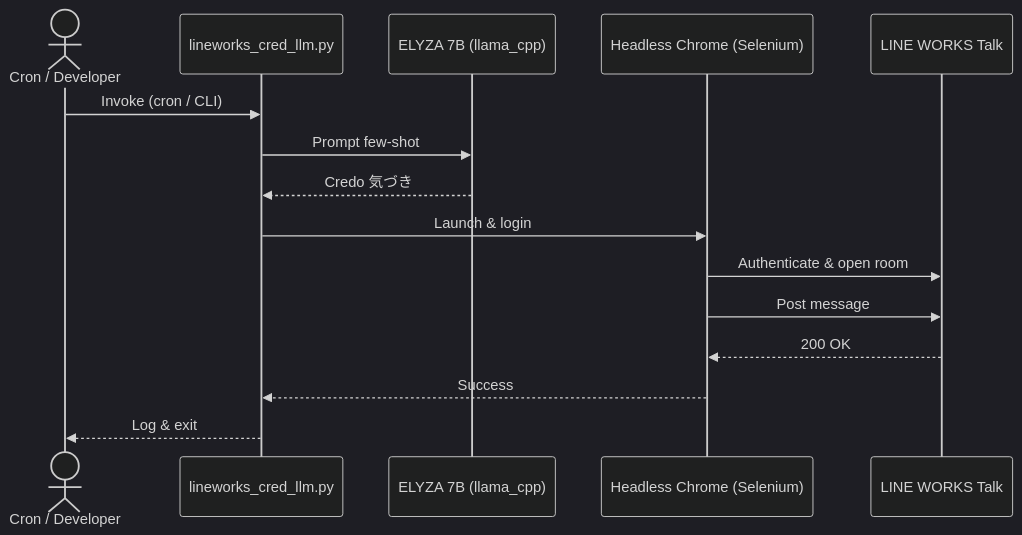
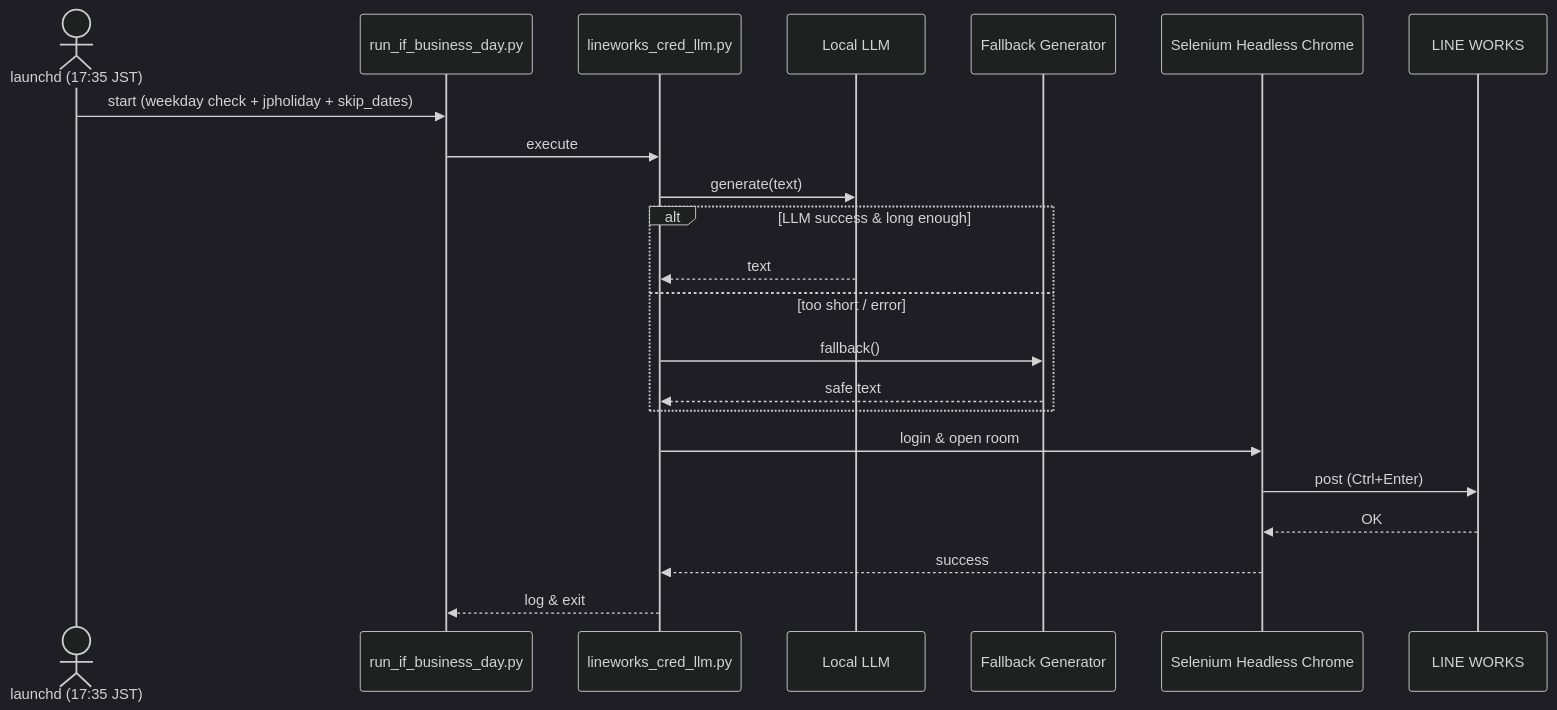
The first of 2 diagrams in README.md (leadlea/lineworks-slm), drawn with Mermaid (dark theme) before and after one commit. The commit also changed other lines of this file, not shown here.

````diff
--- a/README.md
+++ b/README.md
@@ -110,18 +208,25 @@
 ```mermaid
 sequenceDiagram
-    actor Dev as Cron / Developer
-    participant Script as lineworks_cred_llm.py
-    participant LLM as ELYZA 7B (llama_cpp)
-    participant Browser as Headless Chrome (Selenium)
-    participant LW as LINE WORKS Talk
+    actor Launchd as launchd (17:35 JST)
+    participant Entrypoint as run_if_business_day.py
+    participant Gen as lineworks_cred_llm.py
+    participant LLM as Local LLM
+    participant FB as Fallback Generator
+    participant Browser as Selenium Headless Chrome
+    participant LW as LINE WORKS
 
-    Dev->>Script: Invoke (cron / CLI)
-    Script->>LLM: Prompt few‑shot
-    LLM-->>Script: Credo 気づき
-    Script->>Browser: Launch & login
-    Browser->>LW: Authenticate & open room
-    Browser->>LW: Post message
-    LW-->>Browser: 200 OK
-    Browser-->>Script: Success
-    Script-->>Dev: Log & exit
+    Launchd->>Entrypoint: start (weekday check + jpholiday + skip_dates)
+    Entrypoint->>Gen: execute
+    Gen->>LLM: generate(text)
+    alt LLM success & long enough
+      LLM-->>Gen: text
+    else too short / error
+      Gen->>FB: fallback()
+      FB-->>Gen: safe text
+    end
+    Gen->>Browser: login & open room
+    Browser->>LW: post (Ctrl+Enter)
+    LW-->>Browser: OK
+    Browser-->>Gen: success
+    Gen-->>Entrypoint: log & exit
 ```
````
